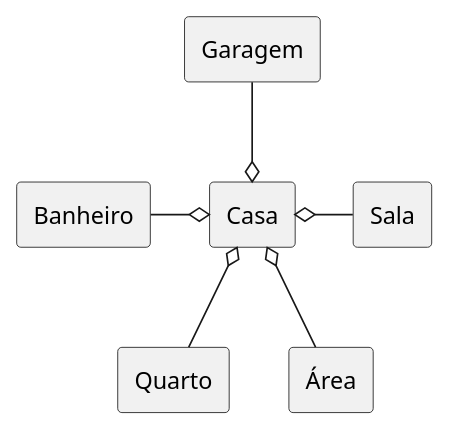
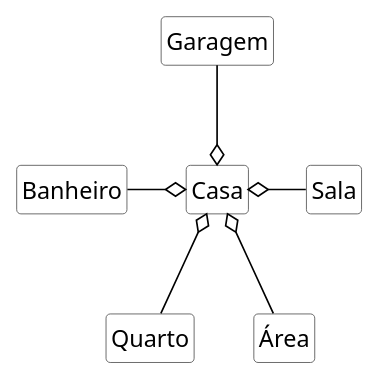
The diagram in imagens/modelos-03/mod03ima01/mod03ima01.plantuml (kyriosdata/oo), drawn with PlantUML before and after one commit. The commit also changed 26 other files, not shown here.

```diff
--- a/imagens/modelos-03/mod03ima01/mod03ima01.plantuml
+++ b/imagens/modelos-03/mod03ima01/mod03ima01.plantuml
@@ -1,13 +1,22 @@
 @startuml mod03ima01
-rectangle "Casa" as ca
-rectangle "Quarto" as qu
-rectangle "Banheiro" as ba
-rectangle "Sala" as sa
-rectangle "Garagem" as ga
-rectangle "Área" as ar
+hide circle
+hide methods
+hide empty members
+
+skinparam class {
+    BackgroundColor White
+    ArrowColor Black
+    BorderColor #505050
+}
+class "Casa" as ca
+class "Quarto" as qu
+class "Banheiro" as ba
+class "Sala" as sa
+class "Garagem" as ga
+class "Área" as ar
 ca o-down- qu
 ca o-left- ba
 ca o-right- sa
 ca o-up- ga
 ca o-- ar
 @enduml
```
